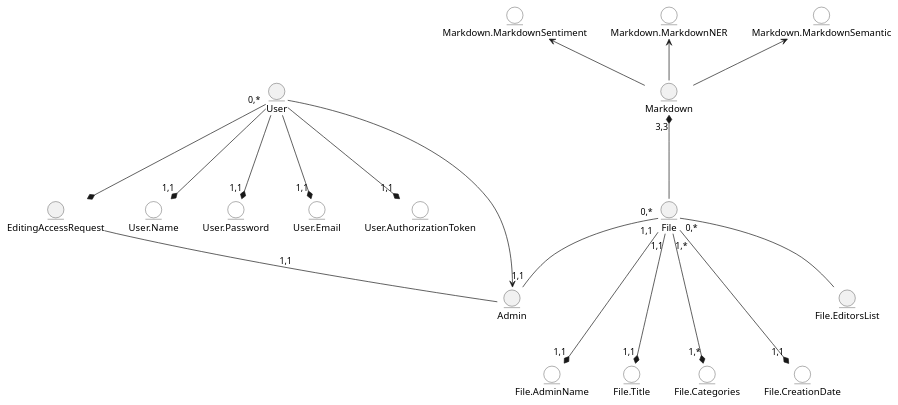
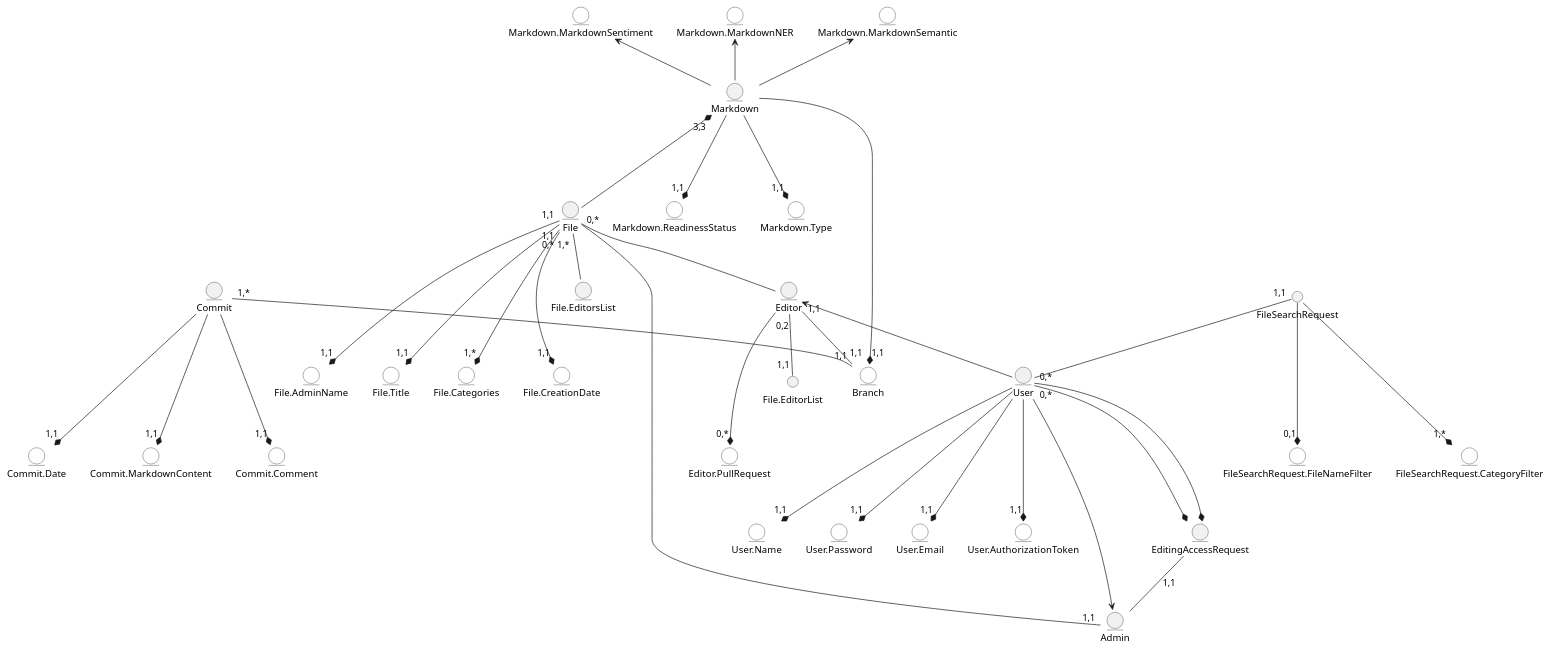
The diagram in docs/design/README.md (m1guelten/edu-db-cw), drawn with PlantUML before and after one commit.

```diff
--- a/docs/design/README.md
+++ b/docs/design/README.md
@@ -13,51 +13,84 @@
 @startuml
 
-    entity Markdown
-    entity Markdown.MarkdownSentiment #ffffff
-    entity Markdown.MarkdownNER #ffffff
-    entity Markdown.MarkdownSemantic #ffffff
-    
-    entity File
-    entity File.AdminName #ffffff
-    entity File.Title #ffffff
-    entity File.Categories #ffffff
-    entity File.CreationDate #ffffff
-    
-    entity File.EditorsList
-    
-    entity EditingAccessRequest
+entity Markdown
+entity Markdown.MarkdownSentiment #ffffff
+entity Markdown.MarkdownNER #ffffff
+entity Markdown.MarkdownSemantic #ffffff
+entity Markdown.ReadinessStatus #ffffff
+entity Markdown.Type #ffffff
+entity Branch #ffffff
 
-    entity Admin
+entity File
+entity File.AdminName #ffffff
+entity File.Title #ffffff
+entity File.Categories #ffffff
+entity File.CreationDate #ffffff
 
-    entity User
-    entity User.Name #ffffff
-    entity User.Password #ffffff
-    entity User.Email #ffffff
-    entity User.AuthorizationToken #ffffff
-    
-    File --u-* "3,3" Markdown
-    
-    Markdown.MarkdownSentiment <-- Markdown
-    Markdown.MarkdownNER <-- Markdown
-    Markdown.MarkdownSemantic <-- Markdown
-    
-    File "0,*" -- "1,1" Admin
-    File  -- File.EditorsList
-    
-    File.AdminName "1,1" *-u-- "1,1" File
-    File.Title "1,1" *-u-- "1,1" File
-    File.Categories "1,*" *-u-- "1,*" File
-    File.CreationDate "1,1" *-u-- "0,*" File
-    
-    EditingAccessRequest  *-u-- "0,*" User
-    
-    EditingAccessRequest -- Admin : "1,1"
-    
-    Admin  <--  User
-    
-    User.Name "1,1" *-u-- User
-    User.Password "1,1" *-u-- User
-    User.Email "1,1" *-u-- User
-    User.AuthorizationToken "1,1" *-u--  User
+entity File.EditorsList
+
+entity EditingAccessRequest
+
+entity Admin
+
+entity Editor
+entity Editor.PullRequest #ffffff
+
+entity FileSearchRequest.CategoryFilter #ffffff
+entity FileSearchRequest.FileNameFilter #ffffff
+
+entity User
+entity User.Name #ffffff
+entity User.Password #ffffff
+entity User.Email #ffffff
+entity User.AuthorizationToken #ffffff
+
+entity Commit
+entity Commit.Comment #ffffff
+entity Commit.Date #ffffff
+entity Commit.MarkdownContent #ffffff
+
+File --u-* "3,3" Markdown
+
+Markdown.MarkdownSentiment <-- Markdown
+Markdown.MarkdownNER <-- Markdown
+Markdown.MarkdownSemantic <-- Markdown
+Markdown.Type "1,1" *-u-- Markdown
+Markdown.ReadinessStatus "1,1" *-u-- Markdown
+Branch "1,1" *-u-- Markdown
+
+File "0,*" -- "1,1" Admin
+File  -- File.EditorsList
+File -- Editor
+
+File.AdminName "1,1" *-u-- "1,1" File
+File.Title "1,1" *-u-- "1,1" File
+File.Categories "1,*" *-u-- "1,*" File
+File.CreationDate "1,1" *-u-- "0,*" File
+
+Editor "1,1" -- "1,1" Branch
+Editor "0,2" -- "1,1" File.EditorList
+Commit "1,*" -- "1,1" Branch
+
+EditingAccessRequest  *-u-- "0,*" User
+EditingAccessRequest  *-u-- "0,*" User
+
+EditingAccessRequest -- Admin : "1,1"
+
+Admin  <--  User
+Editor  <--  User
+FileSearchRequest "1,1"  --  User
+User.Name "1,1" *-u-- User
+User.Password "1,1" *-u-- User
+User.Email "1,1" *-u-- User
+User.AuthorizationToken "1,1" *-u--  User
+
+Editor.PullRequest "0,*" *-u-- Editor
+FileSearchRequest.CategoryFilter "1,*" *-u-- FileSearchRequest
+FileSearchRequest.FileNameFilter "0,1" *-u-- FileSearchRequest
+
+
+Commit.Comment "1,1" *-u-- Commit
+Commit.Date "1,1" *-u-- Commit
+Commit.MarkdownContent "1,1" *-u-- Commit
 
 @enduml
```
